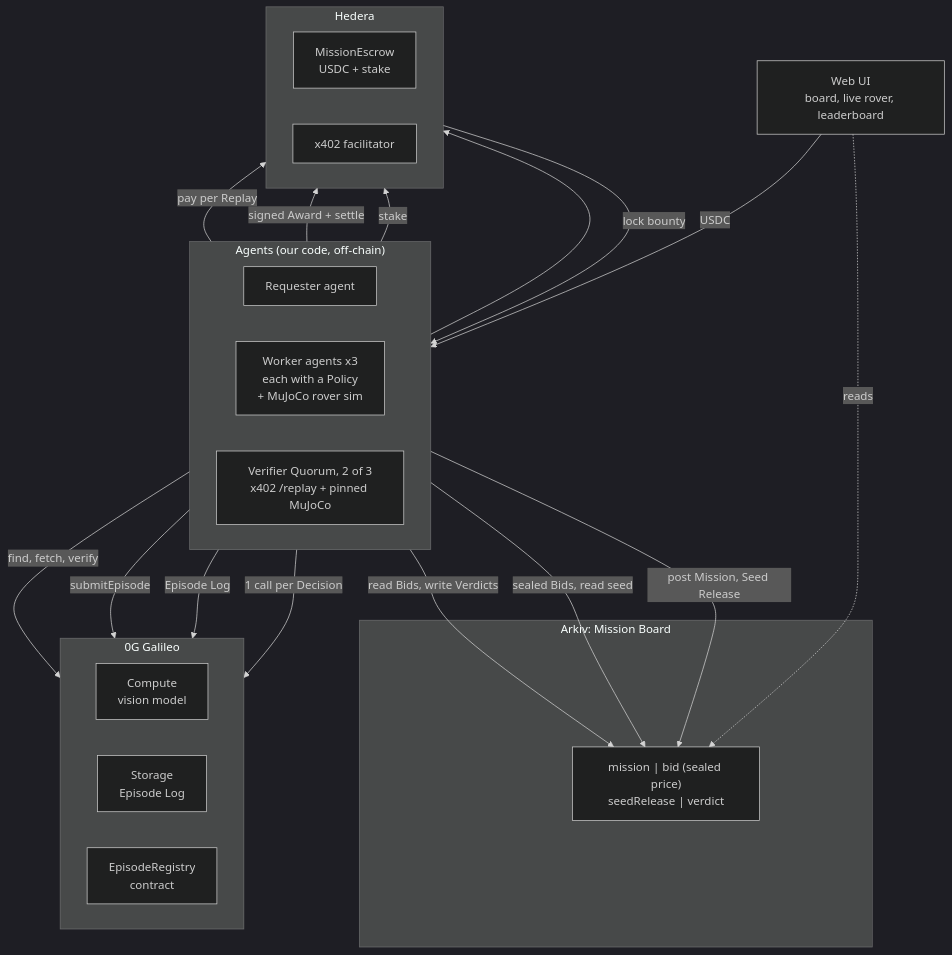
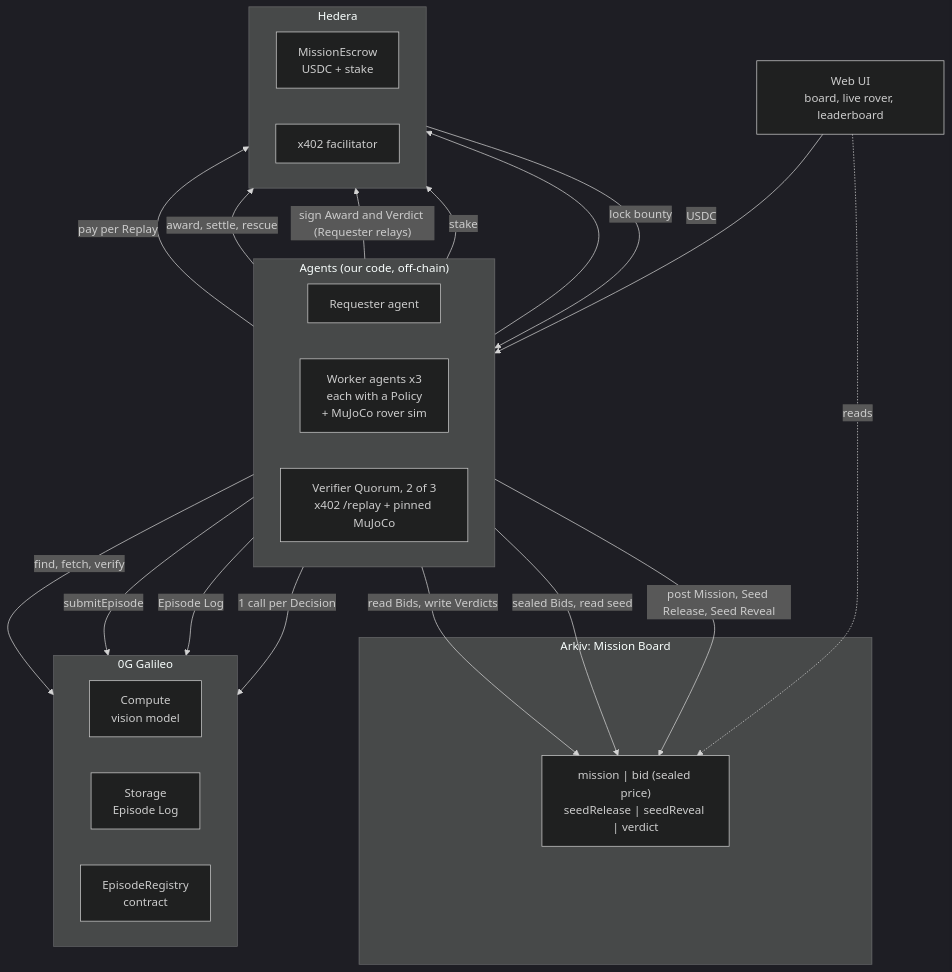
The first of 4 diagrams in docs/architecture.md (ksacheth/dewo), drawn with Mermaid (dark theme) before and after one commit. The commit also changed other lines of this file, not shown here.

Commit message:
(docs) update architecture flows

````diff
--- a/docs/architecture.md
+++ b/docs/architecture.md
@@ -9,38 +9,39 @@
 ```mermaid
 flowchart TB
   UI["Web UI<br/>board, live rover, leaderboard"]
   subgraph AG["Agents (our code, off-chain)"]
     direction LR
     REQ["Requester agent"]
     W["Worker agents x3<br/>each with a Policy<br/>+ MuJoCo rover sim"]
     Q["Verifier Quorum, 2 of 3<br/>x402 /replay + pinned MuJoCo"]
   end
   subgraph ARK["Arkiv: Mission Board"]
-    AK["mission | bid (sealed price)<br/>seedRelease | verdict"]
+    AK["mission | bid (sealed price)<br/>seedRelease | seedReveal | verdict"]
   end
   subgraph ZG["0G Galileo"]
     direction LR
     ZC["Compute<br/>vision model"]
     ZS["Storage<br/>Episode Log"]
     ZR["EpisodeRegistry<br/>contract"]
   end
   subgraph HED["Hedera"]
     direction LR
     HE["MissionEscrow<br/>USDC + stake"]
     HX["x402 facilitator"]
   end
   UI --> REQ
   UI -. reads .-> AK
-  REQ -- "post Mission, Seed Release" --> AK
+  REQ -- "post Mission, Seed Release, Seed Reveal" --> AK
   W -- "sealed Bids, read seed" --> AK
   Q -- "read Bids, write Verdicts" --> AK
   W -- "1 call per Decision" --> ZC
   W -- "Episode Log" --> ZS
   W -- "submitEpisode" --> ZR
   Q -- "find, fetch, verify" --> ZG
   REQ -- "lock bounty" --> HE
   W -- "stake" --> HE
-  Q -- "signed Award + settle" --> HE
+  Q -- "sign Award and Verdict (Requester relays)" --> HE
+  REQ -- "award, settle, rescue" --> HE
   REQ -- "pay per Replay" --> HX
   HX -- "USDC" --> Q
 ```
````
